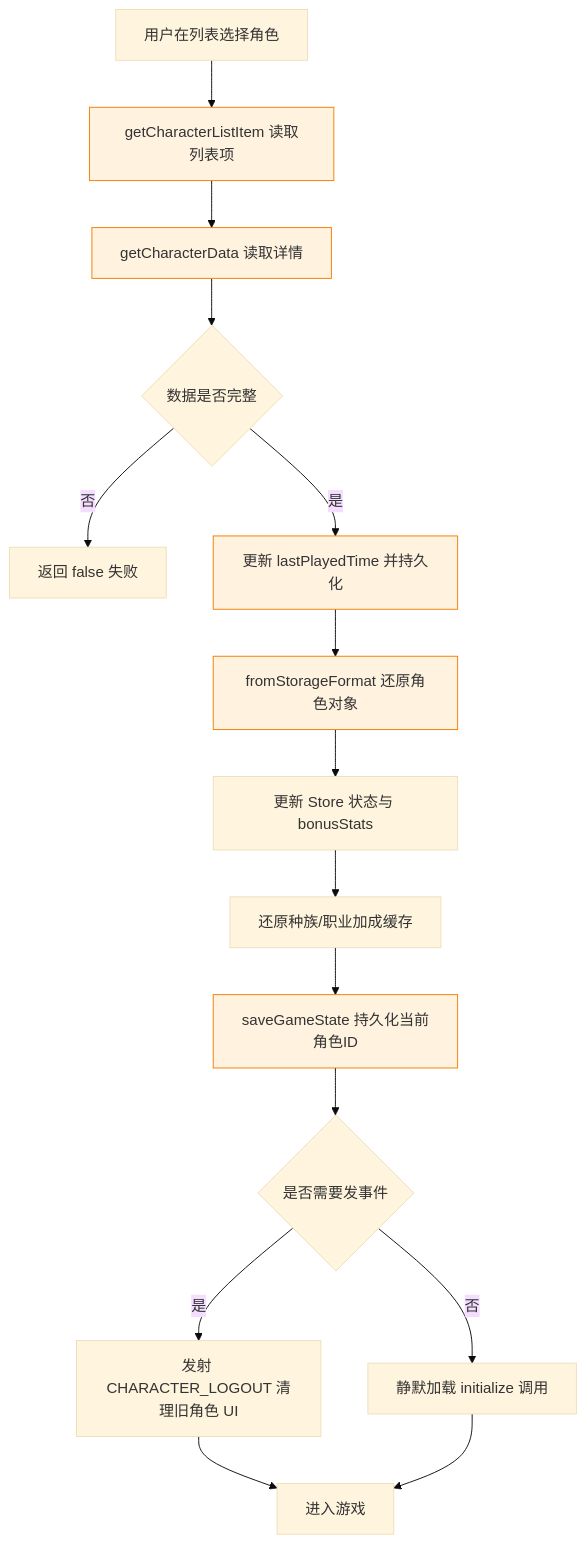
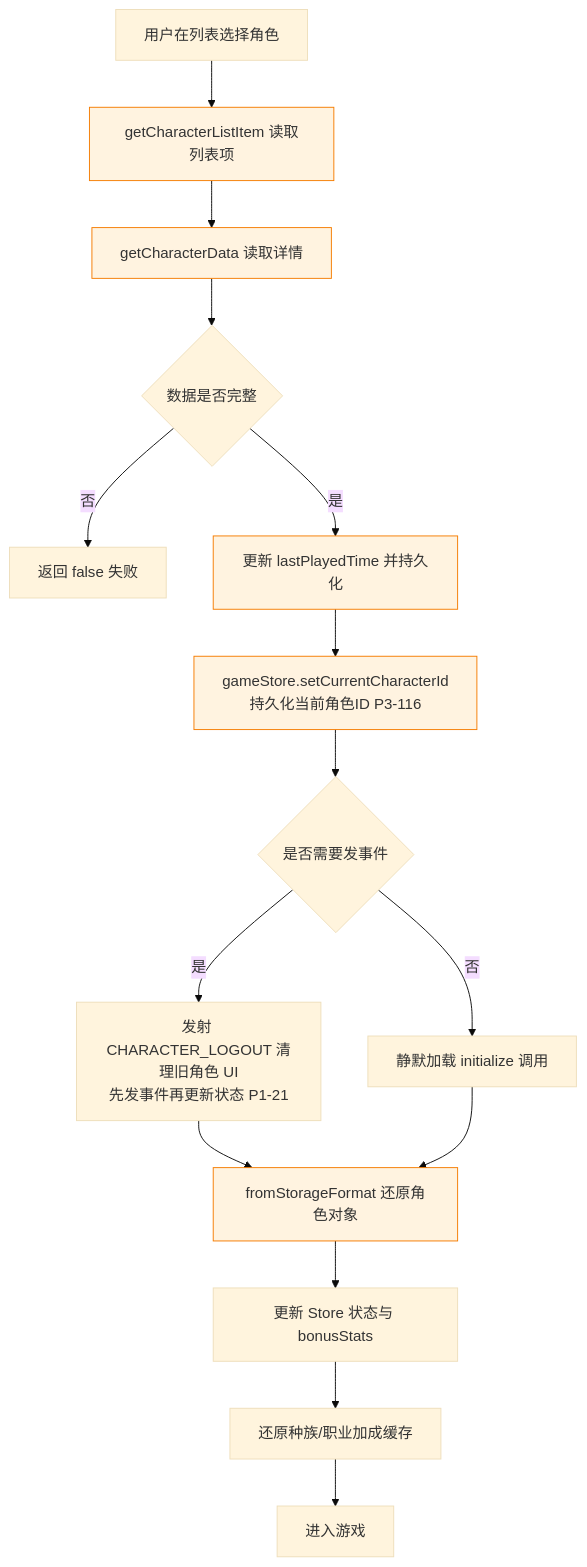
Before and after one commit to SonDemigods/wow_dnd: the fifth of 18 diagrams in doc/project/BUSINESS_PROCESSES.md, drawn with Mermaid (base theme). The commit also changed other lines of this file and 55 other files, not shown here.

````diff
--- a/doc/project/BUSINESS_PROCESSES.md
+++ b/doc/project/BUSINESS_PROCESSES.md
@@ -61,20 +253,20 @@
 ```mermaid
 flowchart TD
     A[用户在列表选择角色] --> B[getCharacterListItem 读取列表项]
     B --> C[getCharacterData 读取详情]
     C --> D{数据是否完整}
     D -- 否 --> E[返回 false 失败]
     D -- 是 --> F[更新 lastPlayedTime 并持久化]
-    F --> G[fromStorageFormat 还原角色对象]
-    G --> H[更新 Store 状态与 bonusStats]
-    H --> I[还原种族/职业加成缓存]
-    I --> J[saveGameState 持久化当前角色ID]
-    J --> K{是否需要发事件}
-    K -- 是 --> L[发射 CHARACTER_LOGOUT 清理旧角色 UI]
-    K -- 否 --> M[静默加载 initialize 调用]
-    L --> N[进入游戏]
-    M --> N
+    F --> G[gameStore.setCurrentCharacterId<br/>持久化当前角色ID P3-116]
+    G --> H{是否需要发事件}
+    H -- 是 --> I[发射 CHARACTER_LOGOUT 清理旧角色 UI<br/>先发事件再更新状态 P1-21]
+    H -- 否 --> J[静默加载 initialize 调用]
+    I --> K[fromStorageFormat 还原角色对象]
+    J --> K
+    K --> L[更新 Store 状态与 bonusStats]
+    L --> M[还原种族/职业加成缓存]
+    M --> N[进入游戏]
 
     classDef io fill:#fff3e0,stroke:#f57c00
-    class B,C,F,G,J io
+    class B,C,F,G,K io
 ```
````
